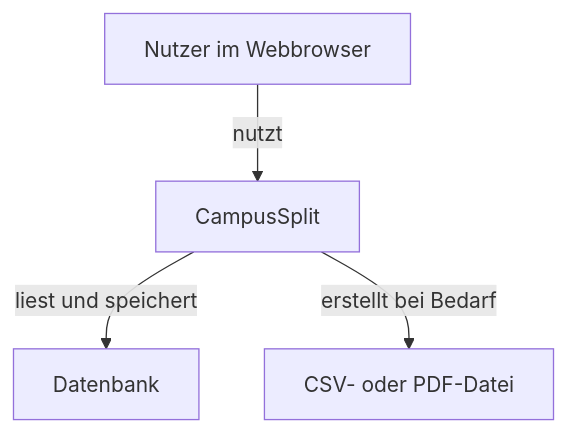
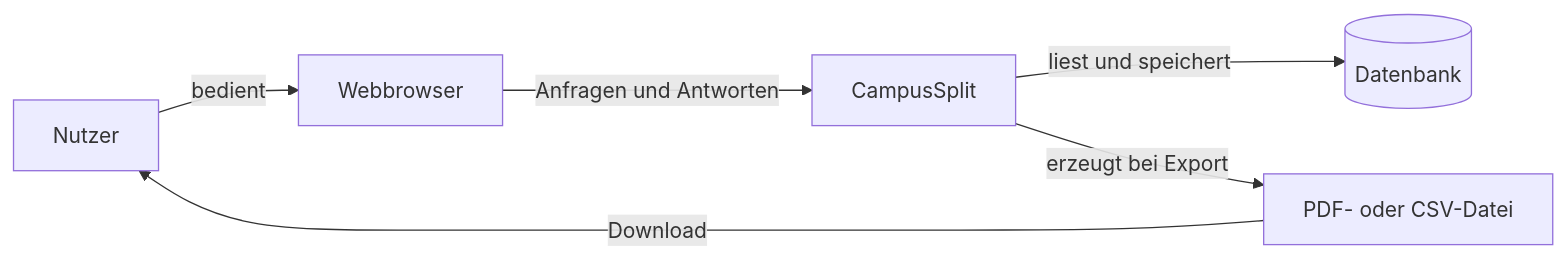
One commit to Bunyamin0101/WK_1106_CampusSplit changed the first of 5 diagrams in Spezifikation/P2_Architekturueberblick.md. Above: the diagram before and after it, drawn with Mermaid. The commit also changed other lines of this file, not shown here.

First line of the commit message:
Revise architecture overview and terminology in documentation

````diff
--- a/Spezifikation/P2_Architekturueberblick.md
+++ b/Spezifikation/P2_Architekturueberblick.md
@@ -13,6 +13,8 @@
 ```mermaid
-flowchart TD
-    A[Nutzer im Webbrowser] -->|nutzt| B[CampusSplit]
-    B -->|liest und speichert| C[Datenbank]
-    B -->|erstellt bei Bedarf| D[CSV- oder PDF-Datei]
+flowchart LR
+    U[Nutzer] -->|bedient| B[Webbrowser]
+    B -->|Anfragen und Antworten| CS[CampusSplit]
+    CS -->|liest und speichert| DB[(Datenbank)]
+    CS -->|erzeugt bei Export| EX[PDF- oder CSV-Datei]
+    EX -->|Download| U
 ```
````
